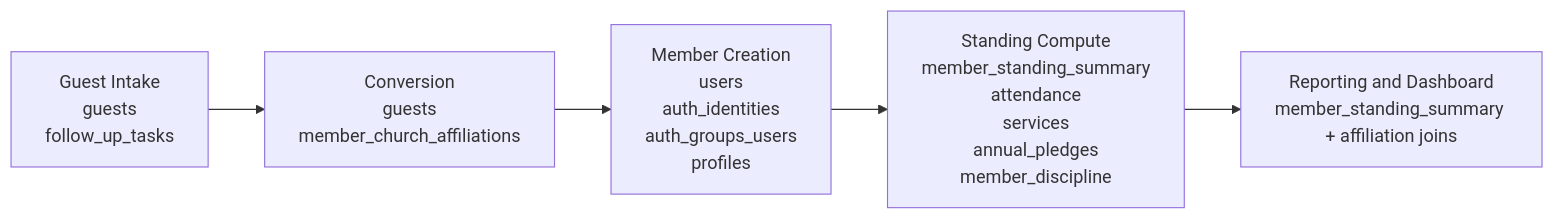
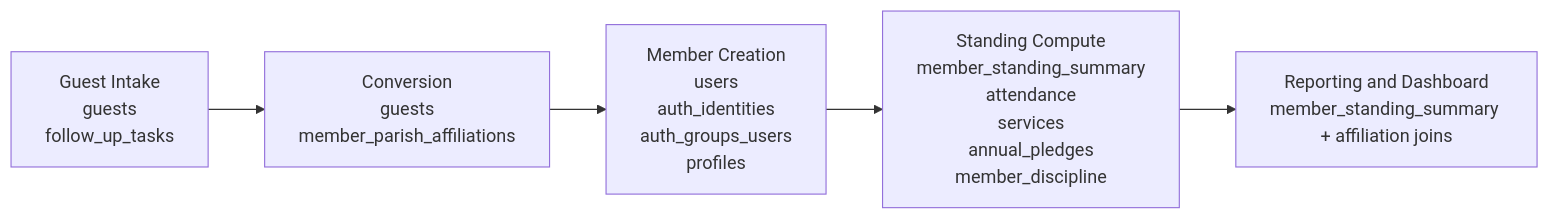
The third of 5 diagrams in docs/GUEST_TO_GOOD_STANDING_BOARD_DECK_5_SLIDES_2026-04-11.md (ekklesiaonline/ekklesiaONLINE), drawn with Mermaid before and after one commit. The commit also changed other lines of this file and 266 other files, not shown here.

First line of the commit message:
Project-wide terminology migration: church -> parish

````diff
--- a/docs/GUEST_TO_GOOD_STANDING_BOARD_DECK_5_SLIDES_2026-04-11.md
+++ b/docs/GUEST_TO_GOOD_STANDING_BOARD_DECK_5_SLIDES_2026-04-11.md
@@ -28,7 +28,7 @@
 ```mermaid
 flowchart LR
-    T1[Guest Intake\nguests\nfollow_up_tasks] --> T2[Conversion\nguests\nmember_church_affiliations]
+    T1[Guest Intake\nguests\nfollow_up_tasks] --> T2[Conversion\nguests\nmember_parish_affiliations]
     T2 --> T3[Member Creation\nusers\nauth_identities\nauth_groups_users\nprofiles]
     T3 --> T4[Standing Compute\nmember_standing_summary\nattendance\nservices\nannual_pledges\nmember_discipline]
     T4 --> T5[Reporting and Dashboard\nmember_standing_summary + affiliation joins]
 ```
````
